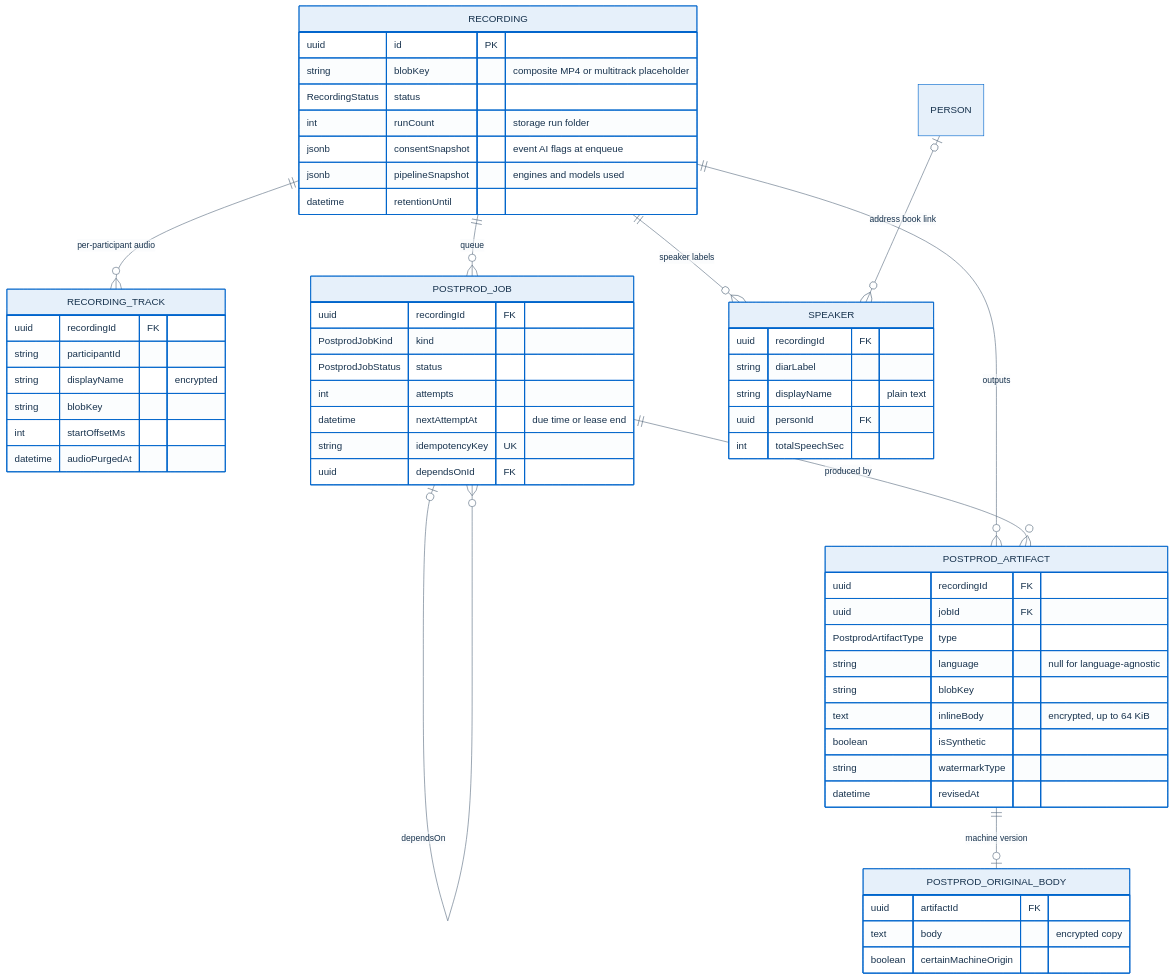
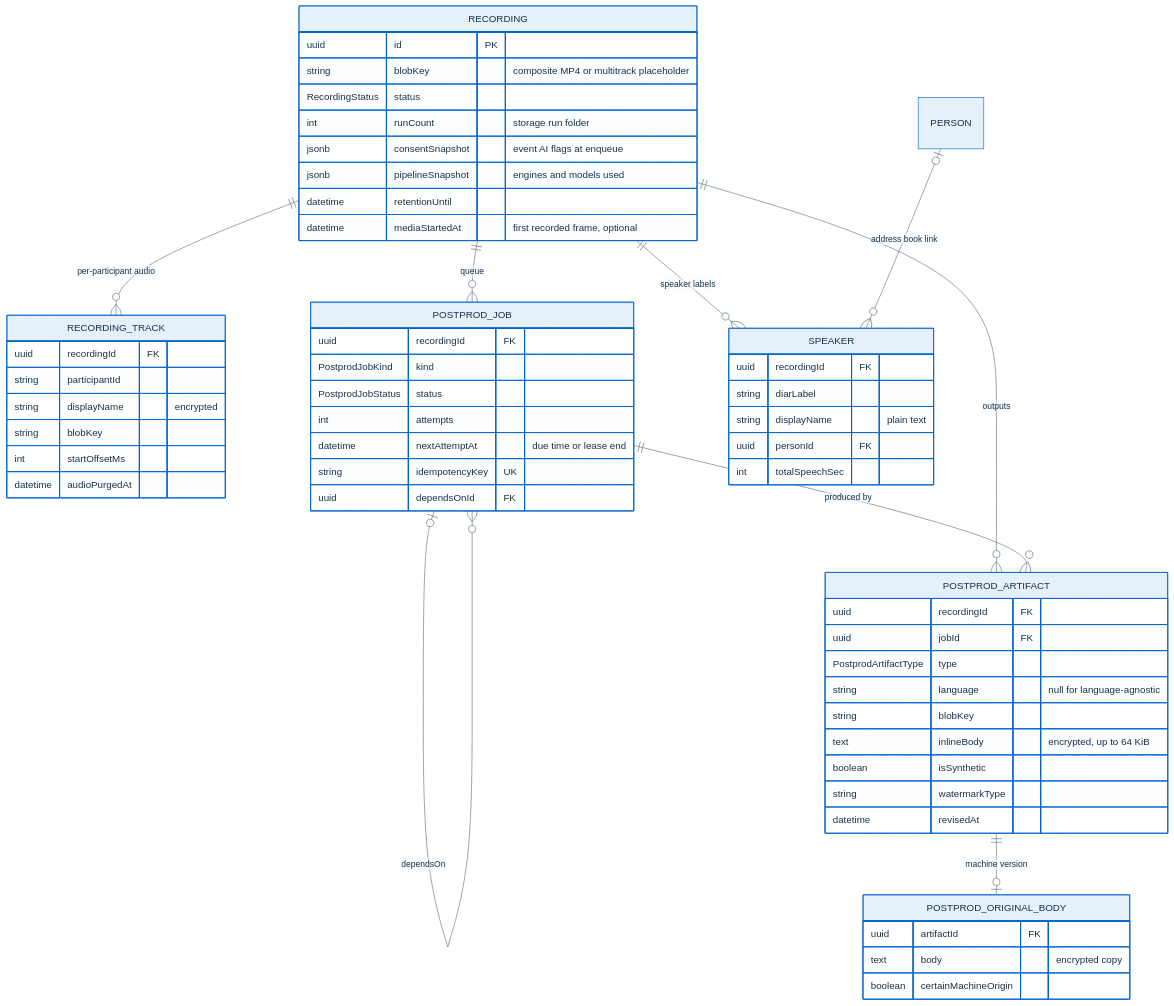
The fifth of 5 diagrams in docs/POSTPROD.md (italia/pa-webinar), drawn with Mermaid before and after one commit. The commit also changed other lines of this file and 7 other files, not shown here.

````diff
--- a/docs/POSTPROD.md
+++ b/docs/POSTPROD.md
@@ -661,62 +740,63 @@
 ```mermaid
 %%{init: {"theme": "base", "themeVariables": {"primaryColor": "#E6F0FA", "primaryBorderColor": "#0066CC", "primaryTextColor": "#17324D", "lineColor": "#5C6F82", "tertiaryColor": "#F7F9FB", "edgeLabelBackground": "#FFFFFF"}}}%%
 erDiagram
   RECORDING ||--o{ RECORDING_TRACK : "per-participant audio"
   RECORDING ||--o{ POSTPROD_JOB : "queue"
   POSTPROD_JOB |o--o{ POSTPROD_JOB : "dependsOn"
   RECORDING ||--o{ POSTPROD_ARTIFACT : "outputs"
   POSTPROD_JOB ||--o{ POSTPROD_ARTIFACT : "produced by"
   POSTPROD_ARTIFACT ||--o| POSTPROD_ORIGINAL_BODY : "machine version"
   RECORDING ||--o{ SPEAKER : "speaker labels"
   PERSON |o--o{ SPEAKER : "address book link"
 
   RECORDING {
     uuid id PK
     string blobKey "composite MP4 or multitrack placeholder"
     RecordingStatus status
     int runCount "storage run folder"
     jsonb consentSnapshot "event AI flags at enqueue"
     jsonb pipelineSnapshot "engines and models used"
     datetime retentionUntil
+    datetime mediaStartedAt "first recorded frame, optional"
   }
   RECORDING_TRACK {
     uuid recordingId FK
     string participantId
     string displayName "encrypted"
     string blobKey
     int startOffsetMs
     datetime audioPurgedAt
   }
   POSTPROD_JOB {
     uuid recordingId FK
     PostprodJobKind kind
     PostprodJobStatus status
     int attempts
     datetime nextAttemptAt "due time or lease end"
     string idempotencyKey UK
     uuid dependsOnId FK
   }
   POSTPROD_ARTIFACT {
     uuid recordingId FK
     uuid jobId FK
     PostprodArtifactType type
     string language "null for language-agnostic"
     string blobKey
     text inlineBody "encrypted, up to 64 KiB"
     boolean isSynthetic
     string watermarkType
     datetime revisedAt
   }
   POSTPROD_ORIGINAL_BODY {
     uuid artifactId FK
     text body "encrypted copy"
     boolean certainMachineOrigin
   }
   SPEAKER {
     uuid recordingId FK
     string diarLabel
     string displayName "plain text"
     uuid personId FK
     int totalSpeechSec
   }
 ```
````
